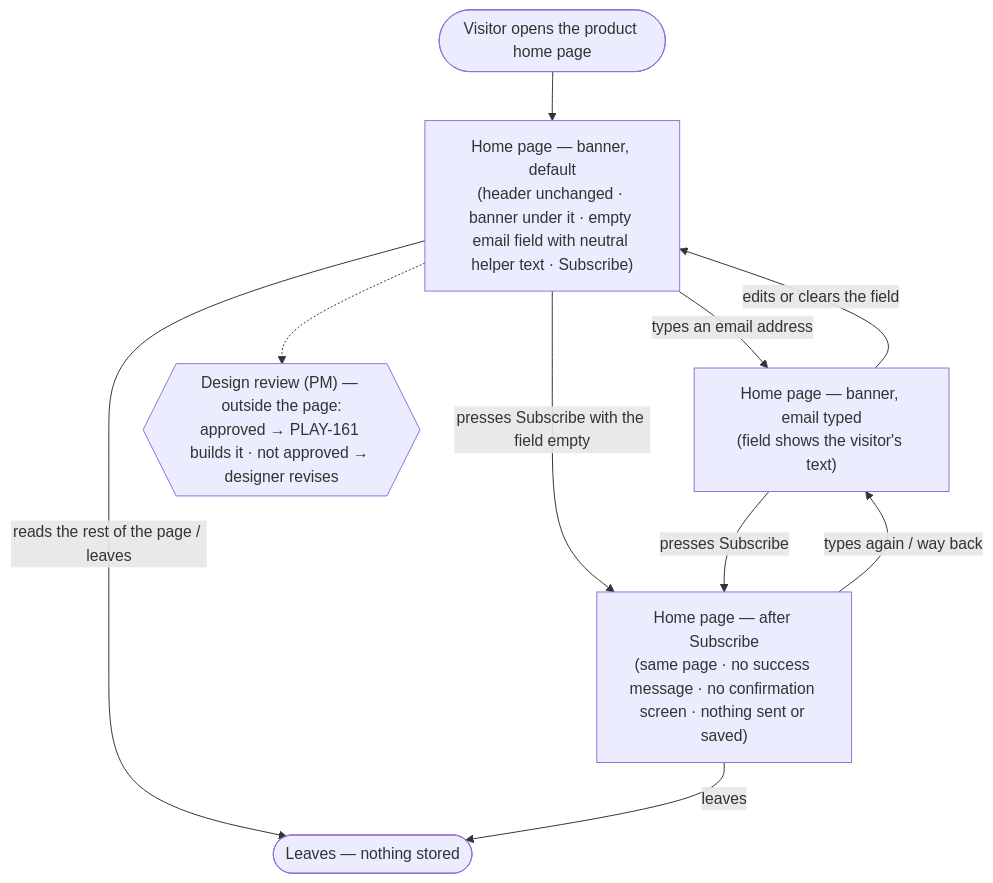
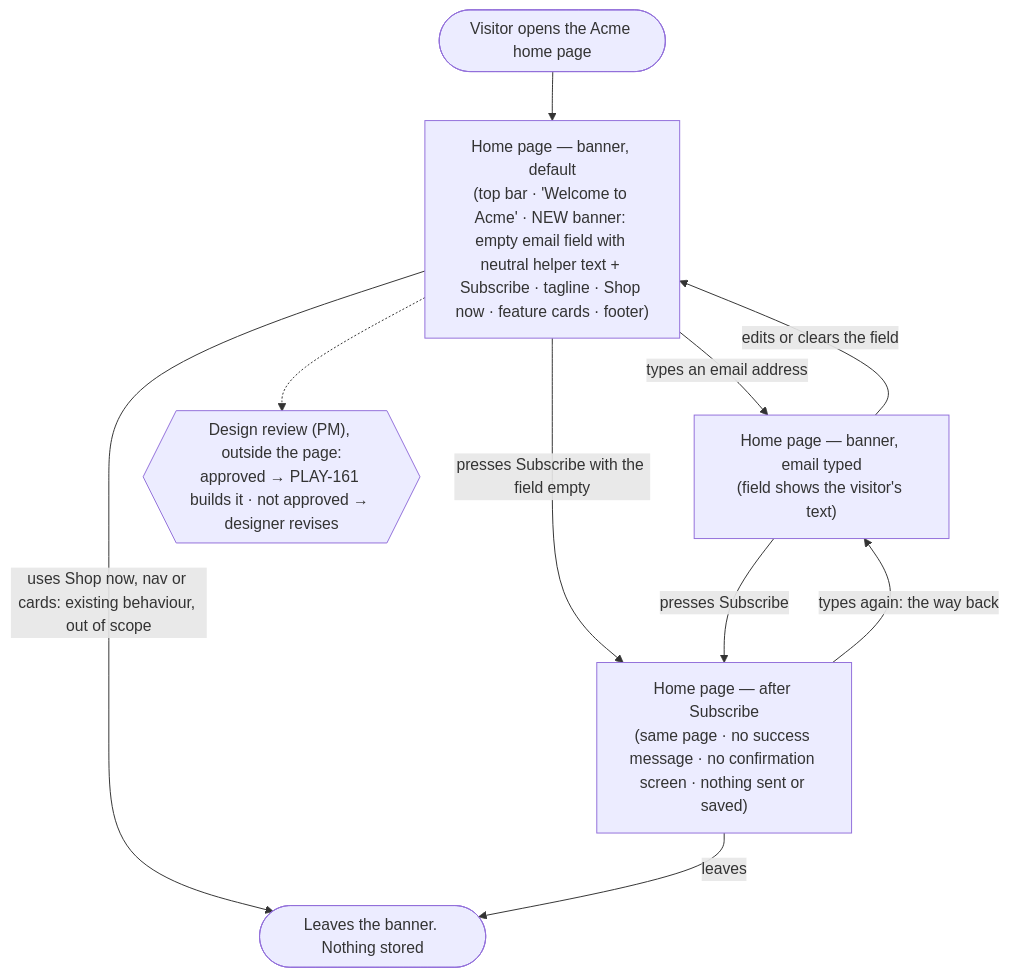
Before and after one commit to roeeoz/play1: the diagram in stories/PLAY-160/design/structure/structure.md, drawn with Mermaid. The commit also changed other lines of this file, not shown here.

Commit message:
story PLAY-160: design structure

````diff
--- a/stories/PLAY-160/design/structure/structure.md
+++ b/stories/PLAY-160/design/structure/structure.md
@@ -19,20 +28,20 @@
 ```mermaid
 flowchart TD
-    start([Visitor opens the product home page]) --> S1
+    start([Visitor opens the Acme home page]) --> S1
 
-    S1["Home page — banner, default<br/>(header unchanged · banner under it · empty email field with neutral helper text · Subscribe)"]
-    S1 -->|reads the rest of the page / leaves| exit([Leaves — nothing stored])
+    S1["Home page — banner, default<br/>(top bar · 'Welcome to Acme' · NEW banner: empty email field with neutral helper text + Subscribe · tagline · Shop now · feature cards · footer)"]
+    S1 -->|uses Shop now, nav or cards: existing behaviour, out of scope| exit([Leaves the banner. Nothing stored])
     S1 -->|types an email address| S2
     S1 -->|presses Subscribe with the field empty| S3
 
     S2["Home page — banner, email typed<br/>(field shows the visitor's text)"]
     S2 -->|edits or clears the field| S1
     S2 -->|presses Subscribe| S3
 
     S3["Home page — after Subscribe<br/>(same page · no success message · no confirmation screen · nothing sent or saved)"]
-    S3 -->|types again / way back| S2
+    S3 -->|types again: the way back| S2
     S3 -->|leaves| exit
 
-    approval{{"Design review (PM) — outside the page:<br/>approved → PLAY-161 builds it · not approved → designer revises"}}
+    approval{{"Design review (PM), outside the page:<br/>approved → PLAY-161 builds it · not approved → designer revises"}}
     S1 -.-> approval
 ```
````
